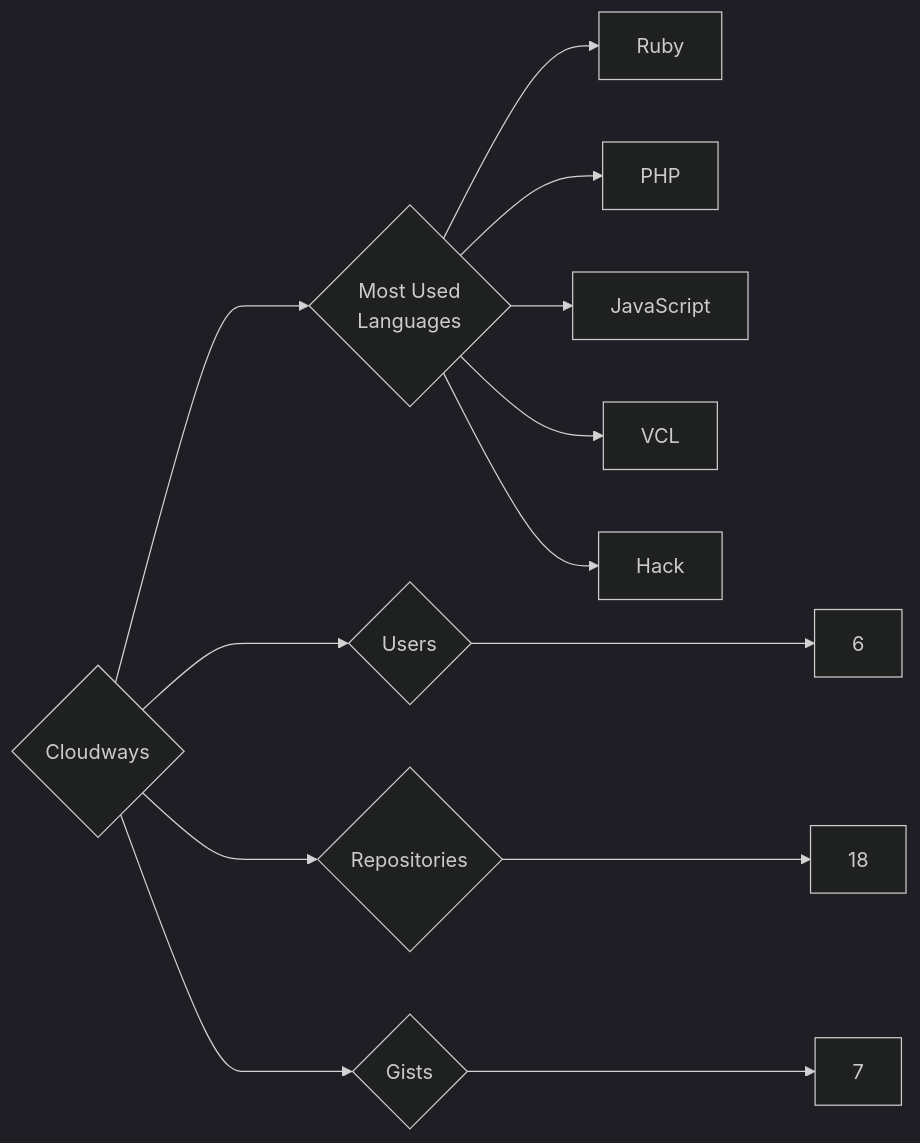
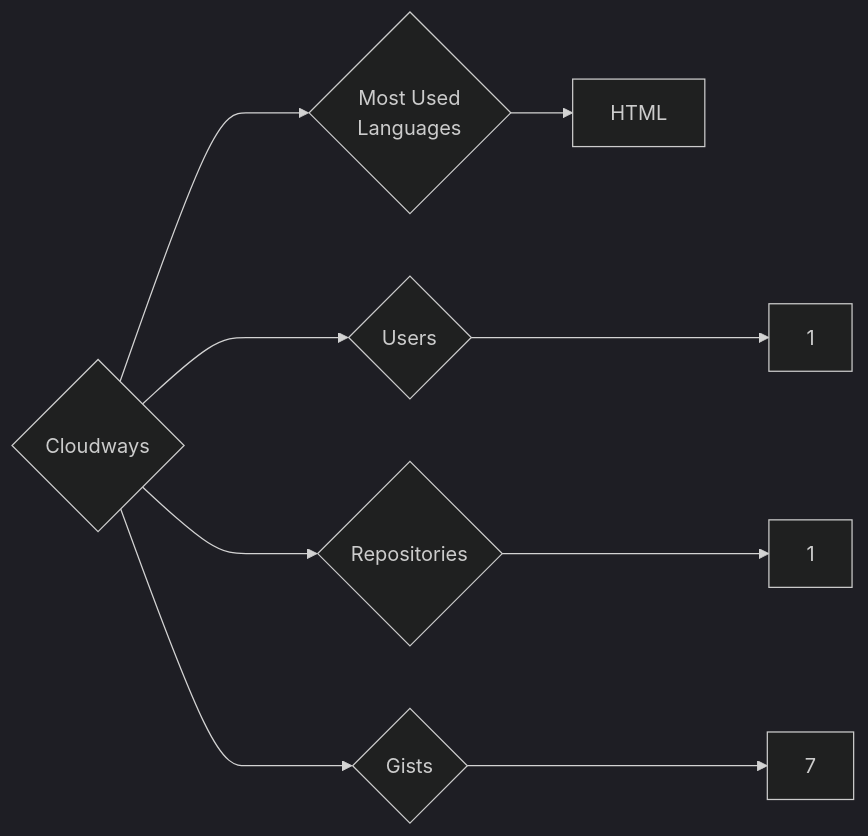
One commit to trickest/insiders changed the diagram in targets/Cloudways/README.md. Above: the diagram before and after it, drawn with Mermaid (dark theme). The commit also changed 718 other files, not shown here.

````diff
--- a/targets/Cloudways/README.md
+++ b/targets/Cloudways/README.md
@@ -3,13 +3,9 @@
 ```mermaid
 graph LR
 COMPANY_NAME{Cloudways}
-COMPANY_NAME ---> U{Users} ---> UN[6]
-COMPANY_NAME ---> R{Repositories} ---> RN[18]
+COMPANY_NAME ---> U{Users} ---> UN[1]
+COMPANY_NAME ---> R{Repositories} ---> RN[1]
 COMPANY_NAME ---> G{Gists} ---> GN[7]
 COMPANY_NAME ---> ML{Most Used<br>Languages}
-ML --> Ruby[Ruby]
-ML --> PHP[PHP]
-ML --> JavaScript[JavaScript]
-ML --> VCL[VCL]
-ML --> Hack[Hack]
+ML --> HTML[HTML]
 ```
````
